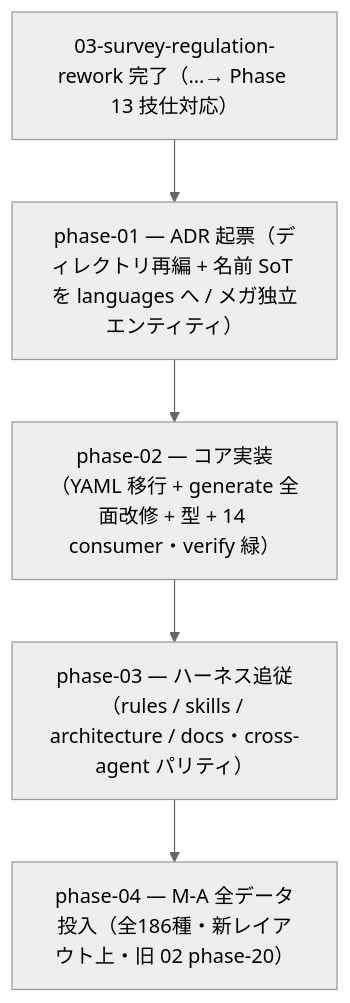
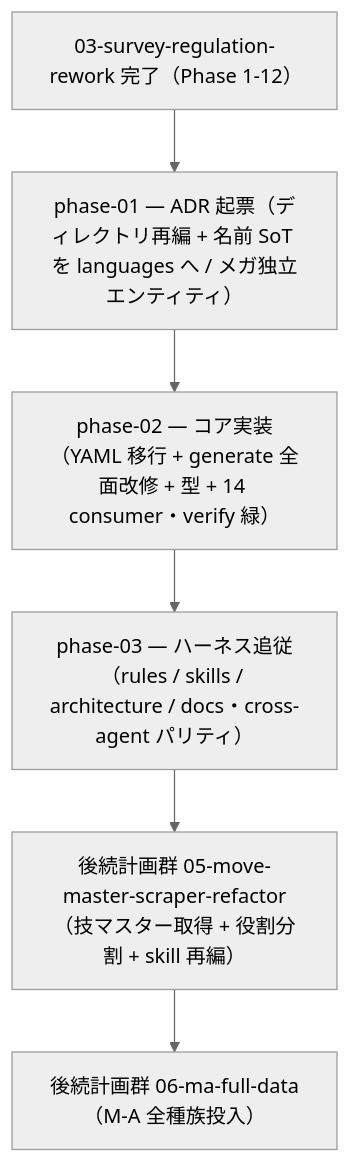
One commit to subroh0508/pokeform changed the diagram in docs/plan/04-generated-layout-redesign/README.md. Above: the diagram before and after it, drawn with Mermaid (neutral theme). The commit also changed other lines of this file and 19 other files, not shown here.

````diff
--- a/docs/plan/04-generated-layout-redesign/README.md
+++ b/docs/plan/04-generated-layout-redesign/README.md
@@ -9,7 +9,8 @@
 ```mermaid
 flowchart TD
-    P03[03-survey-regulation-rework 完了（…→ Phase 13 技仕対応）] --> P1[phase-01 — ADR 起票（ディレクトリ再編 + 名前 SoT を languages へ / メガ独立エンティティ）]
+    P03[03-survey-regulation-rework 完了（Phase 1-12）] --> P1[phase-01 — ADR 起票（ディレクトリ再編 + 名前 SoT を languages へ / メガ独立エンティティ）]
     P1 --> P2[phase-02 — コア実装（YAML 移行 + generate 全面改修 + 型 + 14 consumer・verify 緑）]
     P2 --> P3[phase-03 — ハーネス追従（rules / skills / architecture / docs・cross-agent パリティ）]
-    P3 --> P4[phase-04 — M-A 全データ投入（全186種・新レイアウト上・旧 02 phase-20）]
+    P3 --> P05[後続計画群 05-move-master-scraper-refactor（技マスター取得 + 役割分割 + skill 再編）]
+    P05 --> P06[後続計画群 06-ma-full-data（M-A 全種族投入）]
 ```
````
